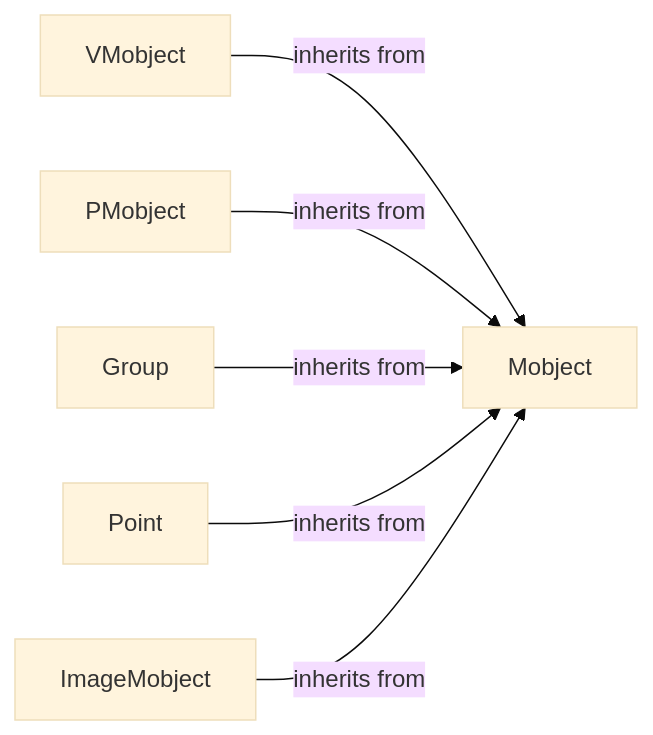
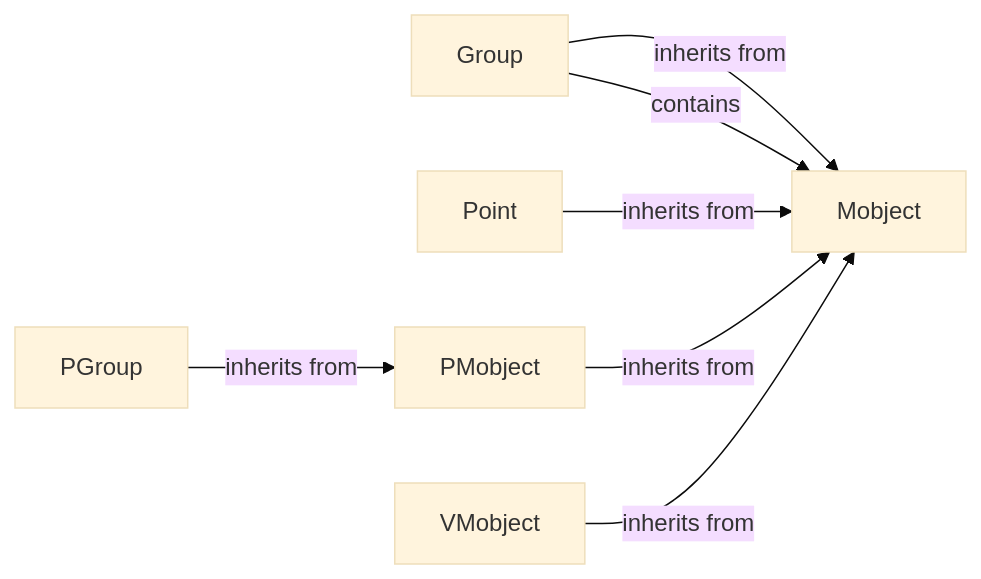
The diagram in manim/Mobject System.md (CodeBoarding/GeneratedOnBoardings), drawn with Mermaid (base theme) before and after one commit. The commit also changed other lines of this file and 7 other files, not shown here.

````diff
--- a/manim/Mobject System.md
+++ b/manim/Mobject System.md
@@ -1,14 +1,15 @@
 ```mermaid
 graph LR
     Mobject["Mobject"]
-    VMobject["VMobject"]
-    PMobject["PMobject"]
     Group["Group"]
     Point["Point"]
-    ImageMobject["ImageMobject"]
-    VMobject -- "inherits from" --> Mobject
-    PMobject -- "inherits from" --> Mobject
+    PMobject["PMobject"]
+    PGroup["PGroup"]
+    VMobject["VMobject"]
     Group -- "inherits from" --> Mobject
     Point -- "inherits from" --> Mobject
-    ImageMobject -- "inherits from" --> Mobject
+    PMobject -- "inherits from" --> Mobject
+    PGroup -- "inherits from" --> PMobject
+    VMobject -- "inherits from" --> Mobject
+    Group -- "contains" --> Mobject
 ```
````
